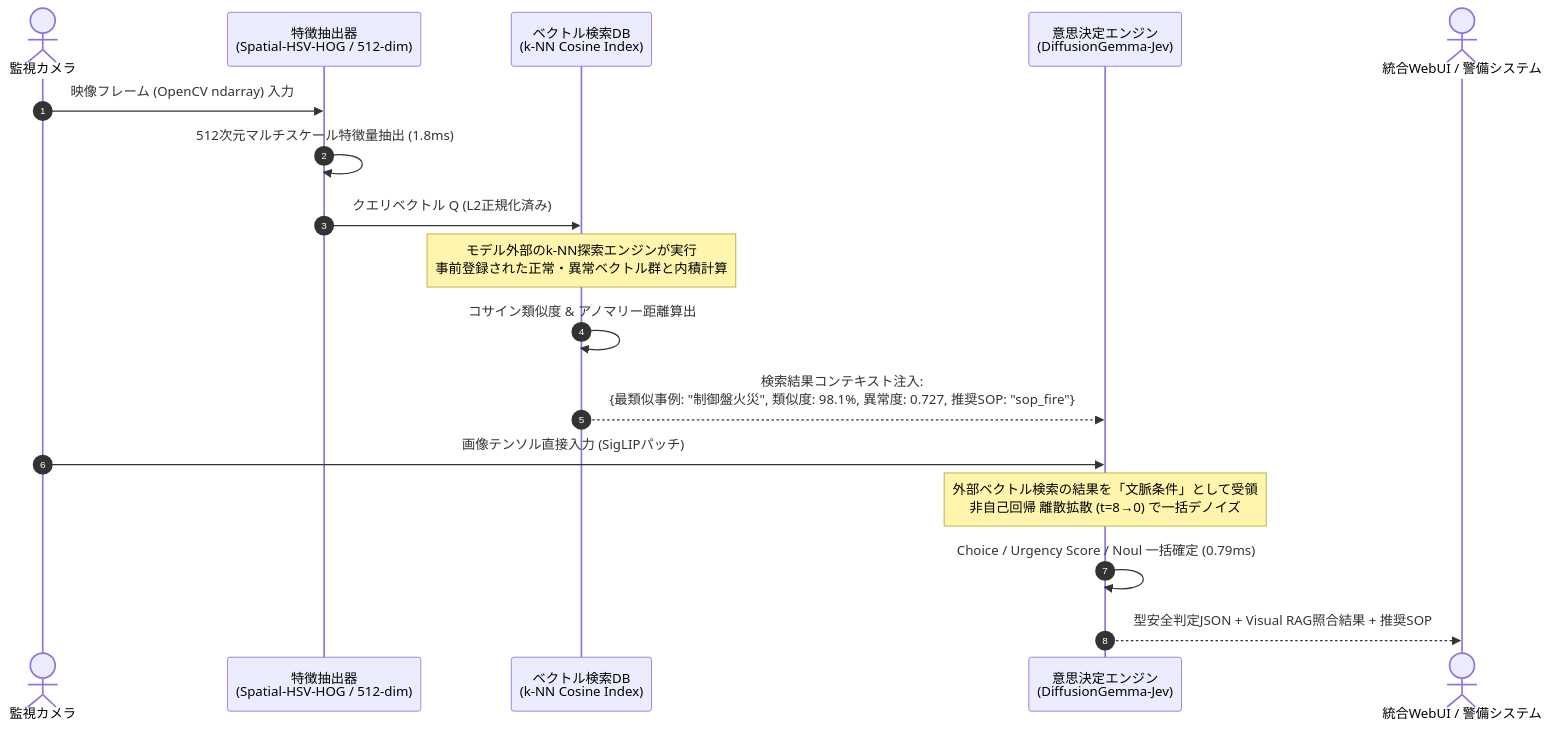
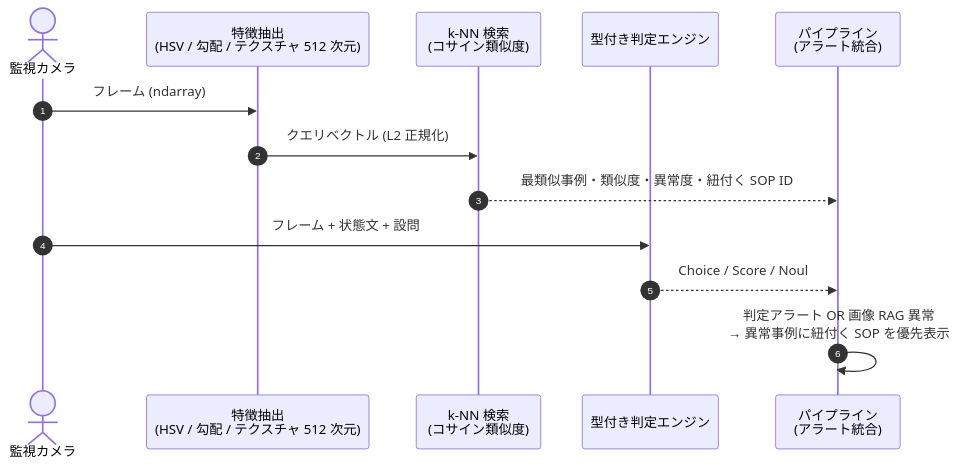
The third of 3 diagrams in docs/qiita_article.md (miyabiver39/VisionLocalJev), drawn with Mermaid before and after one commit. The commit also changed other lines of this file, not shown here.

````diff
--- a/docs/qiita_article.md
+++ b/docs/qiita_article.md
@@ -225,23 +170,16 @@
 ```mermaid
 sequenceDiagram
     autonumber
     actor Camera as 監視カメラ
-    participant Extractor as 特徴抽出器<br/>(Spatial-HSV-HOG / 512-dim)
-    participant VectorDB as ベクトル検索DB<br/>(k-NN Cosine Index)
-    participant DJev as 意思決定エンジン<br/>(DiffusionGemma-Jev)
-    actor UI as 統合WebUI / 警備システム
+    participant Ext as 特徴抽出<br/>(HSV / 勾配 / テクスチャ 512 次元)
+    participant KNN as k-NN 検索<br/>(コサイン類似度)
+    participant Dec as 型付き判定エンジン
+    participant App as パイプライン<br/>(アラート統合)
 
-    Camera->>Extractor: 映像フレーム (OpenCV ndarray) 入力
-    Extractor->>Extractor: 512次元マルチスケール特徴量抽出 (1.8ms)
-    Extractor->>VectorDB: クエリベクトル Q (L2正規化済み)
-    
-    Note over VectorDB: モデル外部のk-NN探索エンジンが実行<br/>事前登録された正常・異常ベクトル群と内積計算
-    VectorDB->>VectorDB: コサイン類似度 & アノマリー距離算出
-    VectorDB-->>DJev: 検索結果コンテキスト注入:<br/>{最類似事例: "制御盤火災", 類似度: 98.1%, 異常度: 0.727, 推奨SOP: "sop_fire"}
-    
-    Camera->>DJev: 画像テンソル直接入力 (SigLIPパッチ)
-    
-    Note over DJev: 外部ベクトル検索の結果を「文脈条件」として受領<br/>非自己回帰 離散拡散 (t=8→0) で一括デノイズ
-    DJev->>DJev: Choice / Urgency Score / Noul 一括確定 (0.79ms)
-    DJev-->>UI: 型安全判定JSON + Visual RAG照合結果 + 推奨SOP
+    Camera->>Ext: フレーム (ndarray)
+    Ext->>KNN: クエリベクトル (L2 正規化)
+    KNN-->>App: 最類似事例・類似度・異常度・紐付く SOP ID
+    Camera->>Dec: フレーム + 状態文 + 設問
+    Dec-->>App: Choice / Score / Noul
+    App->>App: 判定アラート OR 画像 RAG 異常<br/>→ 異常事例に紐付く SOP を優先表示
 ```
````
